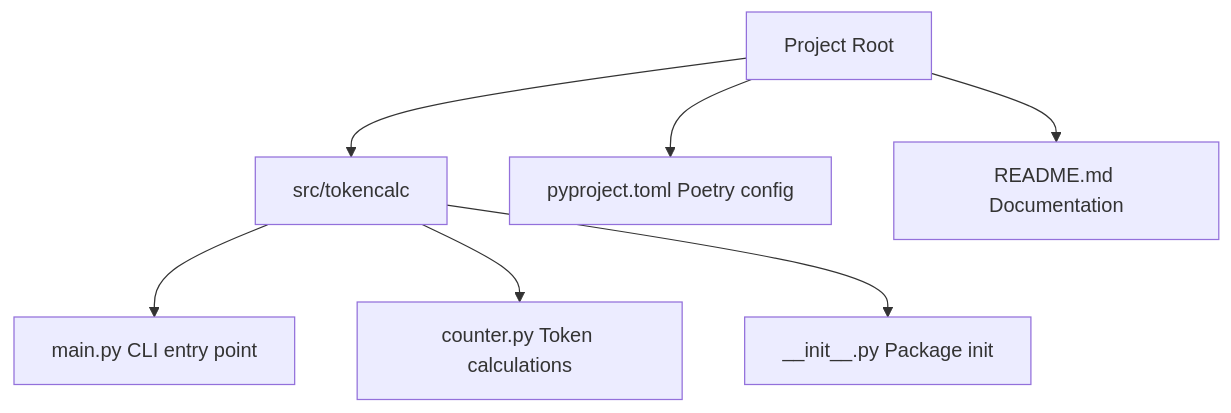
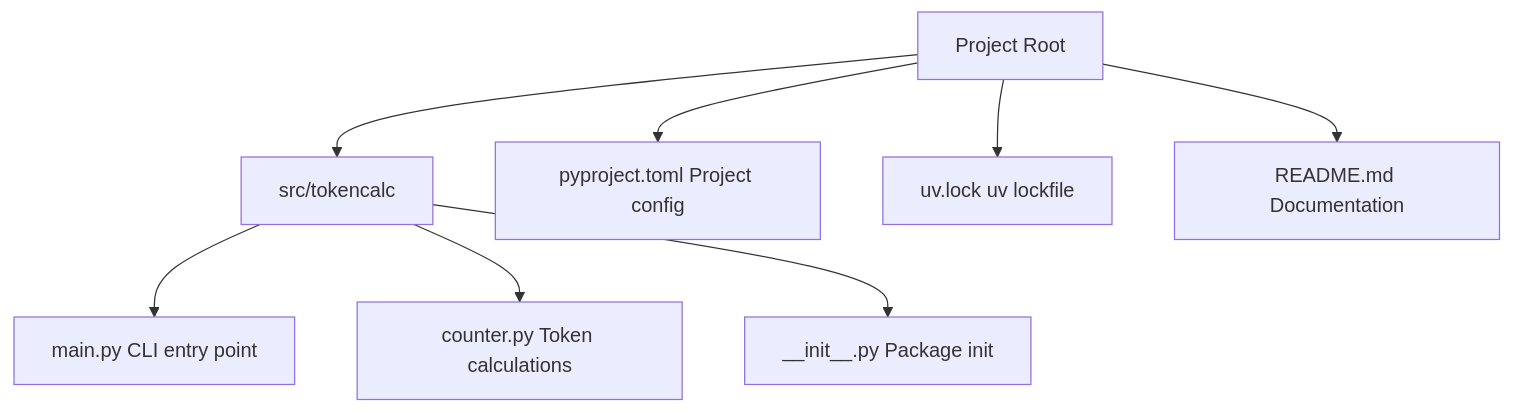
Before and after one commit to syrius2000/Tokens: the diagram in README.md, drawn with Mermaid. The commit also changed other lines of this file, not shown here.

````diff
--- a/README.md
+++ b/README.md
@@ -66,9 +68,10 @@
 ```mermaid
 graph TD
     A[Project Root] --> B[src/tokencalc]
     B --> C[main.py CLI entry point]
     B --> D[counter.py Token calculations]
     B --> G["__init__.py Package init"]
-    A --> E[pyproject.toml Poetry config]
+    A --> E[pyproject.toml Project config]
+    A --> H[uv.lock uv lockfile]
     A --> F[README.md Documentation]
 ```
````
